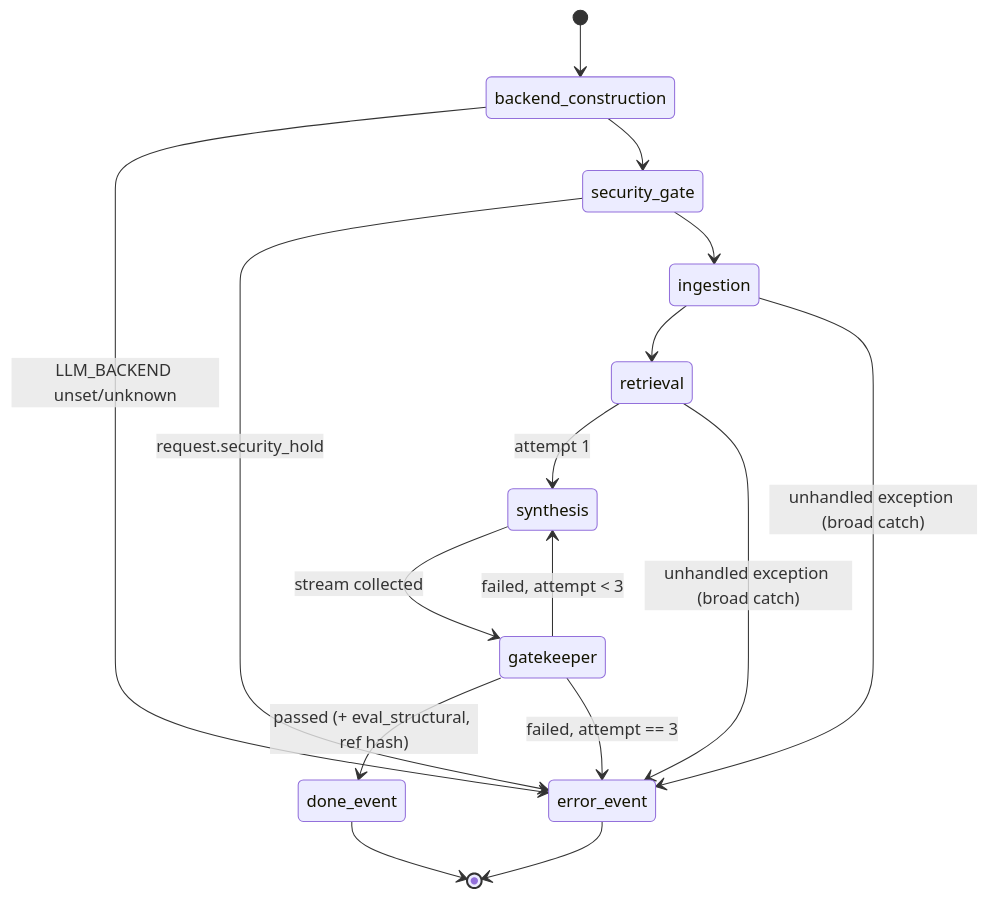
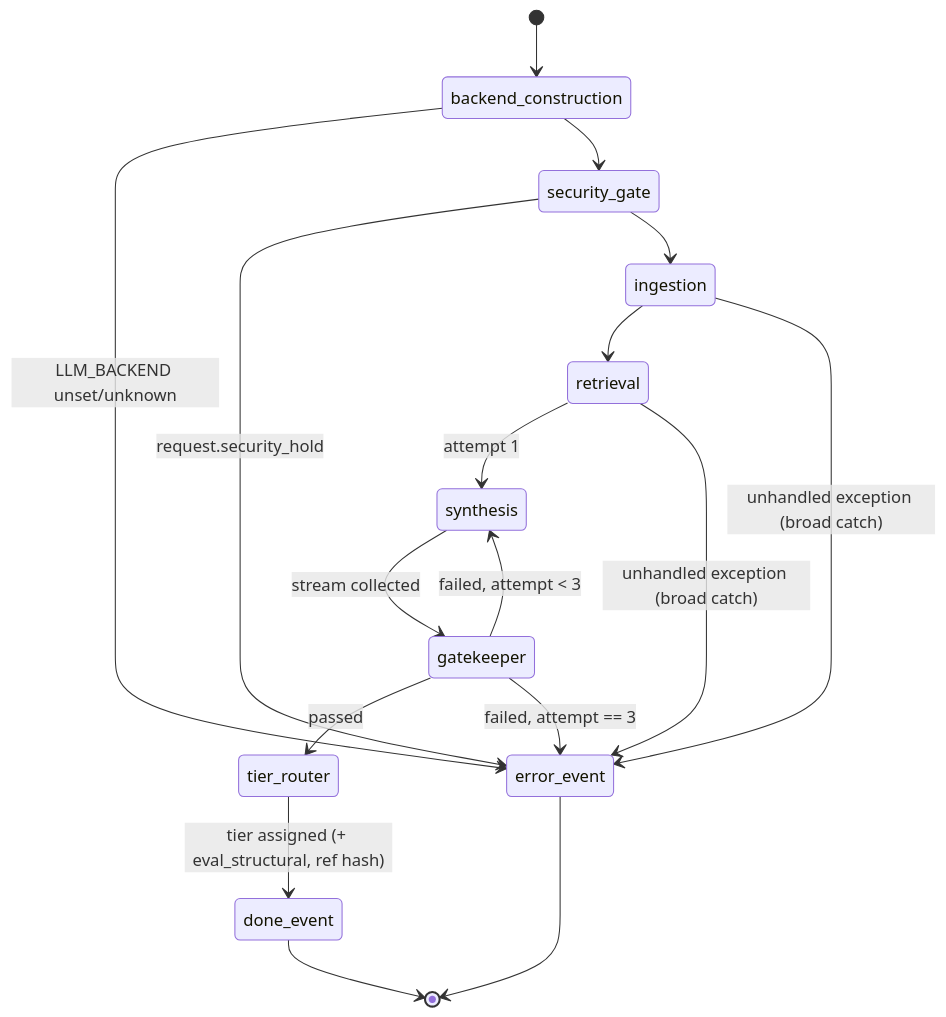
One commit to mcruz90/paxos-demo changed the third of 5 diagrams in docs/architecture/05-state-lifecycle.md. Above: the diagram before and after it, drawn with Mermaid. The commit also changed other lines of this file and 2 other files, not shown here.

First line of the commit message:
docs(architecture): 02/05/10 — TierRouter wired on gatekeeper-pass path (S3 Slice 3, in-series)

````diff
--- a/docs/architecture/05-state-lifecycle.md
+++ b/docs/architecture/05-state-lifecycle.md
@@ -90,18 +90,19 @@
 ```mermaid
 stateDiagram-v2
     [*] --> backend_construction
     backend_construction --> error_event : LLM_BACKEND unset/unknown
     backend_construction --> security_gate
     security_gate --> error_event : request.security_hold
     security_gate --> ingestion
     ingestion --> retrieval
     retrieval --> synthesis : attempt 1
     synthesis --> gatekeeper : stream collected
-    gatekeeper --> done_event : passed (+ eval_structural, ref hash)
+    gatekeeper --> tier_router : passed
+    tier_router --> done_event : tier assigned (+ eval_structural, ref hash)
     gatekeeper --> synthesis : failed, attempt < 3
     gatekeeper --> error_event : failed, attempt == 3
     ingestion --> error_event : unhandled exception (broad catch)
     retrieval --> error_event : unhandled exception (broad catch)
     done_event --> [*]
     error_event --> [*]
 ```
````
